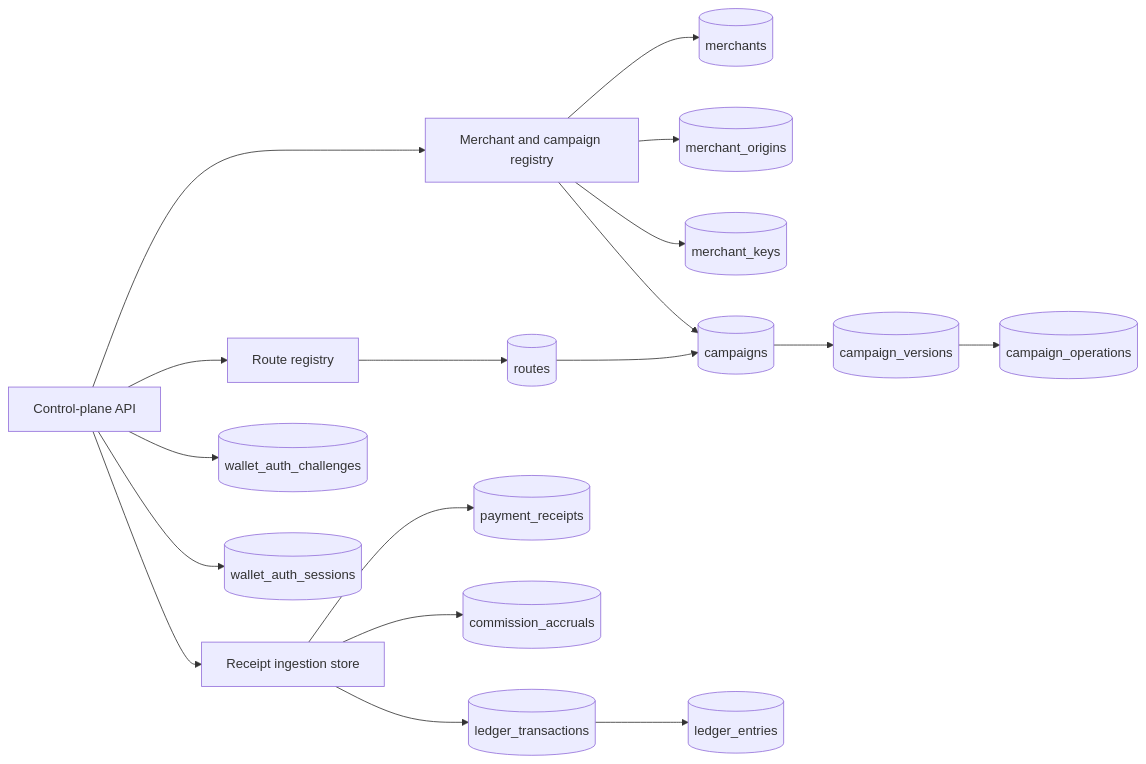
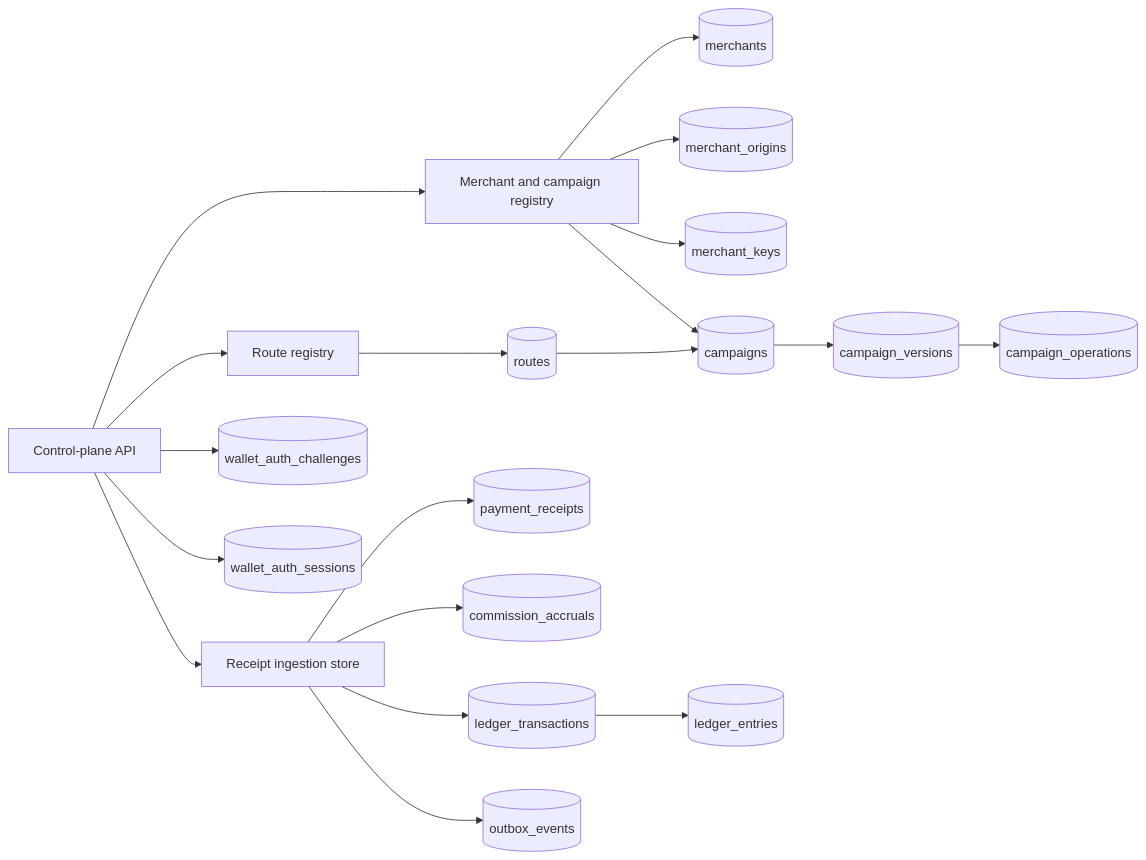
The fifth of 5 diagrams in README.md (split402protocol/splitx402), drawn with Mermaid before and after one commit. The commit also changed other lines of this file and 9 other files, not shown here.

````diff
--- a/README.md
+++ b/README.md
@@ -190,38 +194,40 @@
 ```mermaid
 flowchart LR
   API["Control-plane API"]
   Registry["Merchant and campaign registry"]
   RouteRegistry["Route registry"]
   Ingestion["Receipt ingestion store"]
   Merchants[("merchants")]
   Origins[("merchant_origins")]
   Keys[("merchant_keys")]
   CampaignRows[("campaigns")]
   CampaignVersions[("campaign_versions")]
   CampaignOps[("campaign_operations")]
   Routes[("routes")]
   Challenges[("wallet_auth_challenges")]
   Sessions[("wallet_auth_sessions")]
   Receipts[("payment_receipts")]
   Accruals[("commission_accruals")]
   LedgerTx[("ledger_transactions")]
   LedgerEntries[("ledger_entries")]
+  Outbox[("outbox_events")]
 
   API --> Registry
   API --> RouteRegistry
   API --> Ingestion
   Registry --> Merchants
   Registry --> Origins
   Registry --> Keys
   Registry --> CampaignRows
   CampaignRows --> CampaignVersions
   CampaignVersions --> CampaignOps
   RouteRegistry --> Routes
   Routes --> CampaignRows
   API --> Challenges
   API --> Sessions
   Ingestion --> Receipts
   Ingestion --> Accruals
   Ingestion --> LedgerTx
   LedgerTx --> LedgerEntries
+  Ingestion --> Outbox
 ```
````
